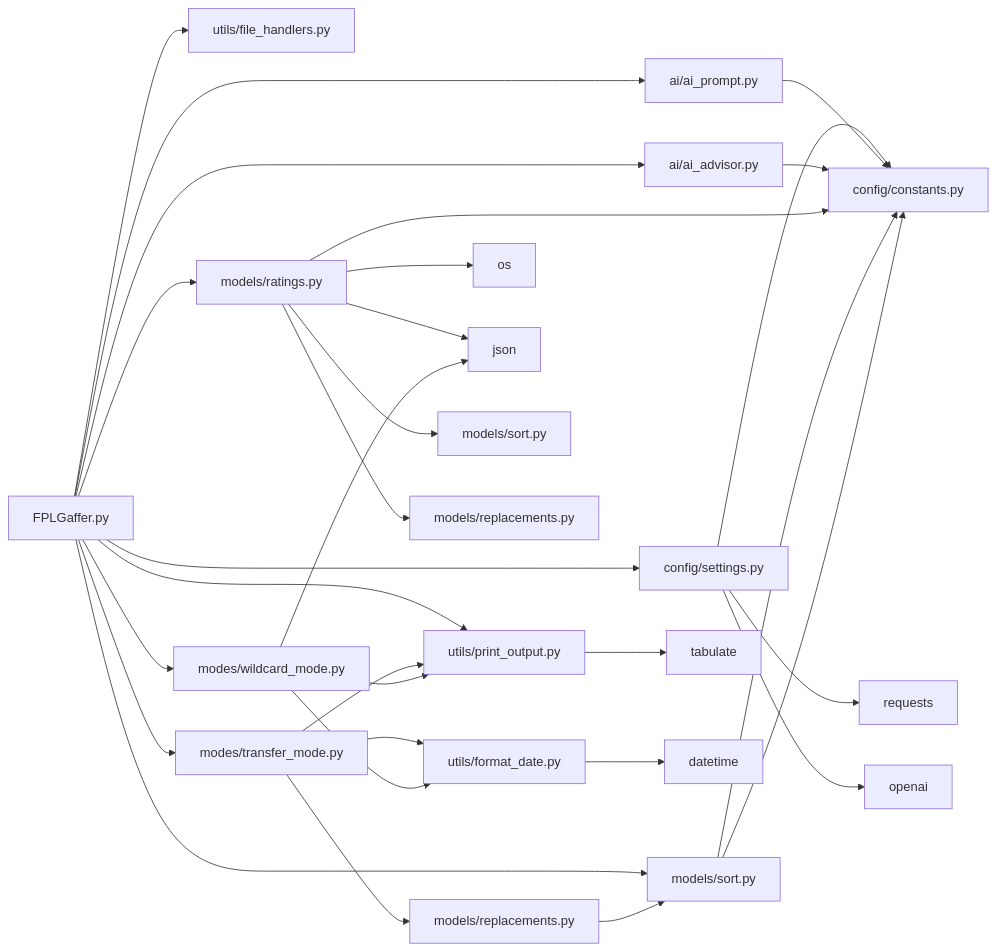
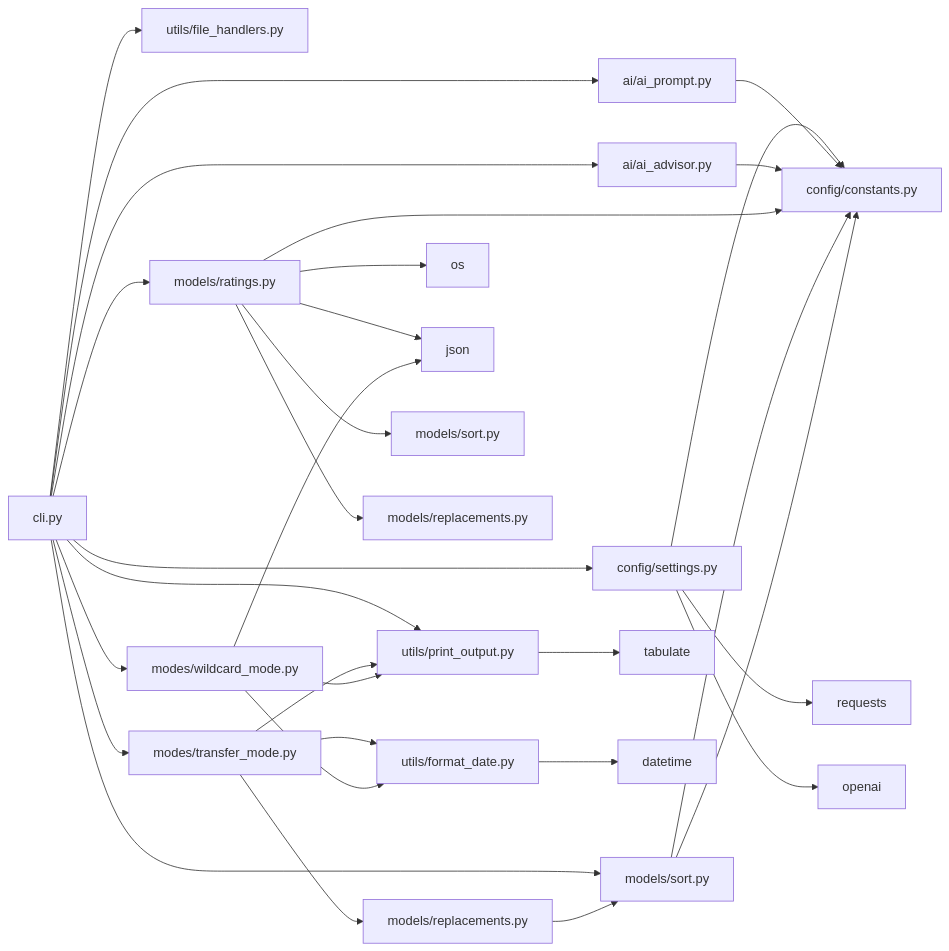
One commit to hutchybop/FPLGaffer changed the second of 2 diagrams in docs/ARCHITECTURE_REFERENCE.md. Above: the diagram before and after it, drawn with Mermaid. The commit also changed other lines of this file and 6 other files, not shown here.

````diff
--- a/docs/ARCHITECTURE_REFERENCE.md
+++ b/docs/ARCHITECTURE_REFERENCE.md
@@ -79,34 +80,34 @@
 ```mermaid
 graph LR
-    A[FPLGaffer.py] --> B[config/settings.py]
+    A[cli.py] --> B[config/settings.py]
     A --> C[ai/ai_prompt.py]
     A --> D[ai/ai_advisor.py]
     A --> E[utils/file_handlers.py]
     A --> F[utils/print_output.py]
     A --> G[models/ratings.py]
     A --> H[models/sort.py]
     A --> I[modes/transfer_mode.py]
     A --> J[modes/wildcard_mode.py]
     
     B --> K[config/constants.py]
     C --> K
     D --> K
     G --> K
     H --> K
     I --> L[models/replacements.py]
     I --> M[utils/format_date.py]
     I --> F
     J --> M
     J --> F
     L --> H
     H --> K
     F --> N[tabulate]
     G --> O[os]
     M --> P[datetime]
     B --> Q[requests]
     B --> R[openai]
     G --> S[json]
     J --> S
     G --> T[models/sort.py]
     G --> U[models/replacements.py]
 ```
````
